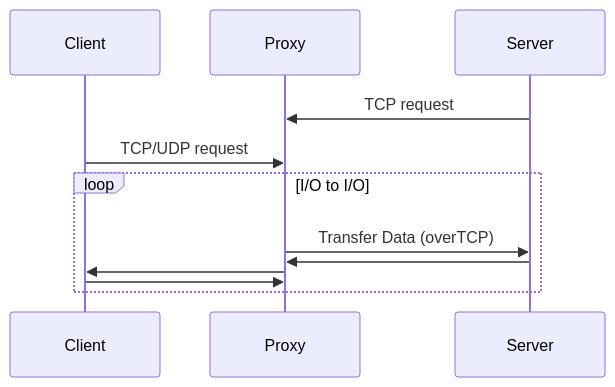
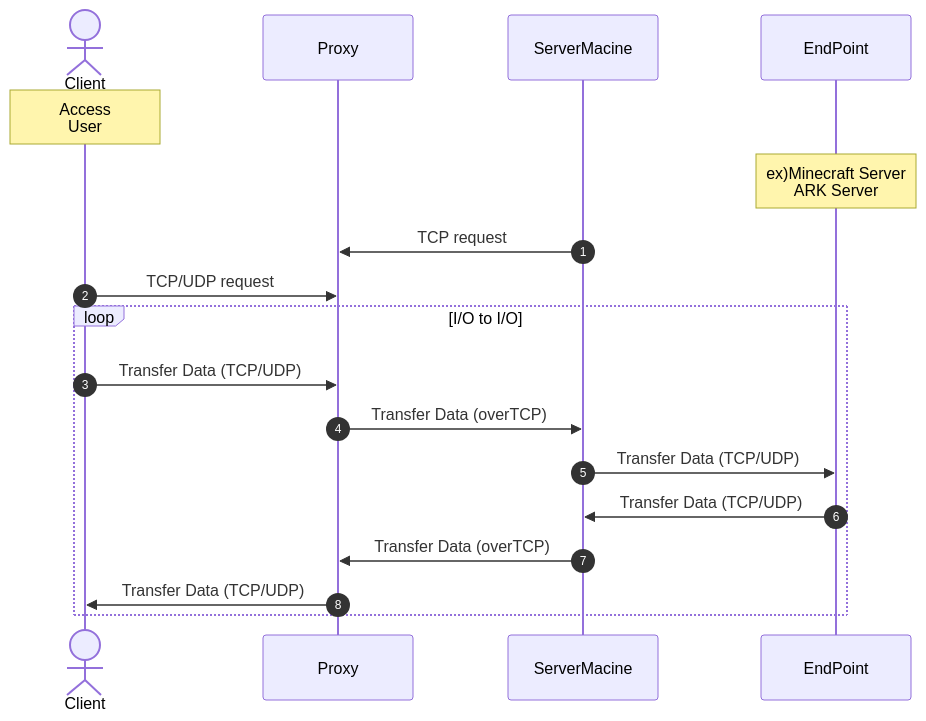
The diagram in README.md (aatomu/go2tunnel), drawn with Mermaid before and after one commit.

Commit message:
可読性を上げた

````diff
--- a/README.md
+++ b/README.md
@@ -27,14 +27,20 @@
 ```mermaid
   sequenceDiagram
-    participant Client
+    autonumber
+    actor Client
+    Note over Client: Access<br>User
     participant Proxy
-    participant Server
-    Server->>Proxy: TCP request
+    participant ServerMacine
+    participant EndPoint
+    Note over EndPoint: ex)Minecraft Server<br>ARK Server
+    ServerMacine->>Proxy: TCP request
     Client->>Proxy: TCP/UDP request
     loop I/O to I/O
-      Proxy->>Server: Transfer Data (overTCP)
-      Server->>Proxy: 
-      Proxy->>Client: 
-      Client->>Proxy: 
+      Client->>Proxy: Transfer Data (TCP/UDP)
+      Proxy->>ServerMacine: Transfer Data (overTCP)
+      ServerMacine->>EndPoint: Transfer Data (TCP/UDP)
+      EndPoint->>ServerMacine: Transfer Data (TCP/UDP)
+      ServerMacine->>Proxy: Transfer Data (overTCP)
+      Proxy->>Client: Transfer Data (TCP/UDP)
     end
 ```
````
